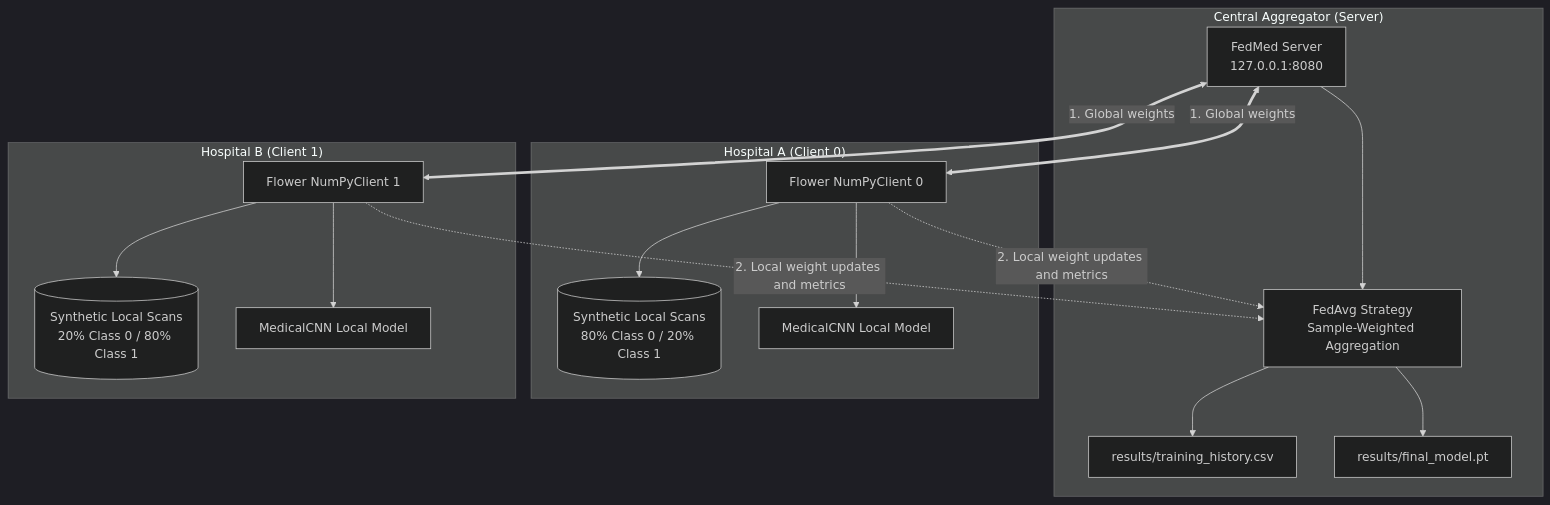
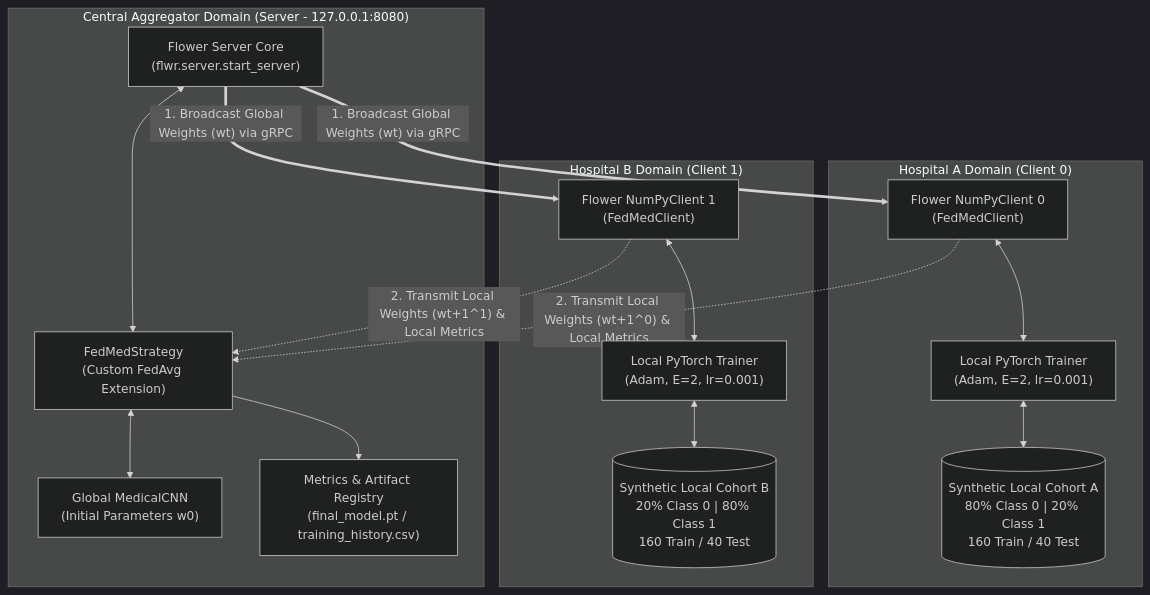
One commit to balinenimounika/FedMed changed the first of 3 diagrams in README.md. Above: the diagram before and after it, drawn with Mermaid (dark theme). The commit also changed other lines of this file, not shown here.

Commit message:
Update publication-grade README.md with comprehensive technical architecture and disclaimers

````diff
--- a/README.md
+++ b/README.md
@@ -13,33 +17,36 @@
 ```mermaid
 flowchart TD
-    subgraph Server_Domain["Central Aggregator (Server)"]
-        S["FedMed Server<br/>127.0.0.1:8080"]
-        FedAvg["FedAvg Strategy<br/>Sample-Weighted Aggregation"]
-        History["results/training_history.csv"]
-        FinalModel["results/final_model.pt"]
-        S --> FedAvg
-        FedAvg --> History
-        FedAvg --> FinalModel
+    subgraph Central_Coordinator ["Central Aggregator Domain (Server - 127.0.0.1:8080)"]
+        ServerCore["Flower Server Core<br/>(flwr.server.start_server)"]
+        Strategy["FedMedStrategy<br/>(Custom FedAvg Extension)"]
+        GlobalModel["Global MedicalCNN<br/>(Initial Parameters w0)"]
+        HistoryLogger["Metrics & Artifact Registry<br/>(final_model.pt / training_history.csv)"]
+        
+        ServerCore <--> Strategy
+        Strategy <--> GlobalModel
+        Strategy --> HistoryLogger
     end
 
-    subgraph Client_0_Domain["Hospital A (Client 0)"]
-        C0["Flower NumPyClient 0"]
-        Data0[("Synthetic Local Scans<br/>80% Class 0 / 20% Class 1")]
-        M0["MedicalCNN Local Model"]
-        C0 --> Data0
-        C0 --> M0
+    subgraph Hospital_A ["Hospital A Domain (Client 0)"]
+        Client0["Flower NumPyClient 0<br/>(FedMedClient)"]
+        Data0[("Synthetic Local Cohort A<br/>80% Class 0 | 20% Class 1<br/>160 Train / 40 Test")]
+        Trainer0["Local PyTorch Trainer<br/>(Adam, E=2, lr=0.001)"]
+        
+        Client0 <--> Trainer0
+        Trainer0 <--> Data0
     end
 
-    subgraph Client_1_Domain["Hospital B (Client 1)"]
-        C1["Flower NumPyClient 1"]
-        Data1[("Synthetic Local Scans<br/>20% Class 0 / 80% Class 1")]
-        M1["MedicalCNN Local Model"]
-        C1 --> Data1
-        C1 --> M1
+    subgraph Hospital_B ["Hospital B Domain (Client 1)"]
+        Client1["Flower NumPyClient 1<br/>(FedMedClient)"]
+        Data1[("Synthetic Local Cohort B<br/>20% Class 0 | 80% Class 1<br/>160 Train / 40 Test")]
+        Trainer1["Local PyTorch Trainer<br/>(Adam, E=2, lr=0.001)"]
+        
+        Client1 <--> Trainer1
+        Trainer1 <--> Data1
     end
 
-    S <==>|"1. Global weights"| C0
-    S <==>|"1. Global weights"| C1
-    C0 -.->|"2. Local weight updates and metrics"| FedAvg
-    C1 -.->|"2. Local weight updates and metrics"| FedAvg
+    ServerCore == "1. Broadcast Global Weights (wt) via gRPC" ==> Client0
+    ServerCore == "1. Broadcast Global Weights (wt) via gRPC" ==> Client1
+    Client0 -.->|"2. Transmit Local Weights (wt+1^0) & Local Metrics"| Strategy
+    Client1 -.->|"2. Transmit Local Weights (wt+1^1) & Local Metrics"| Strategy
 ```
````
